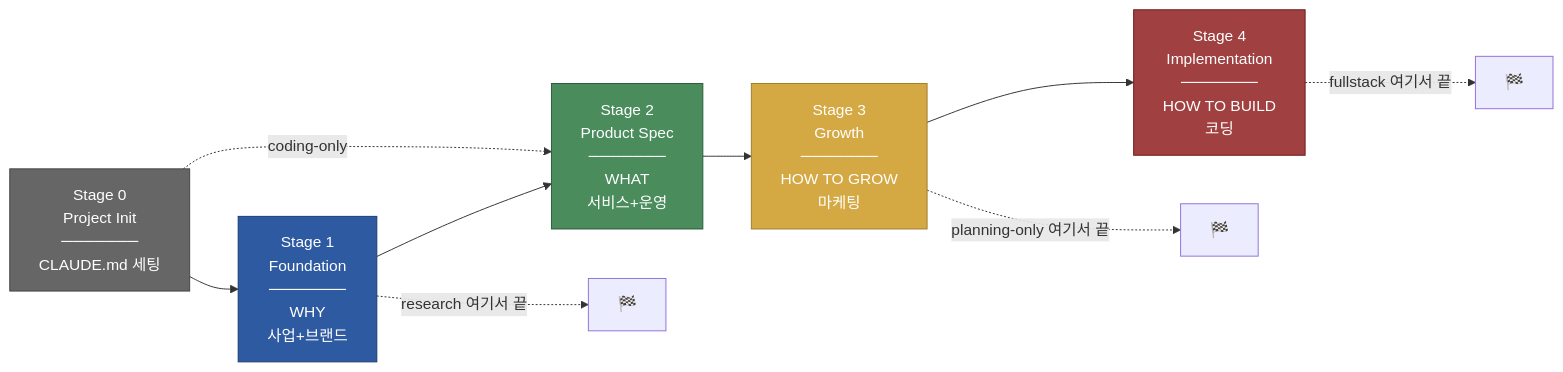
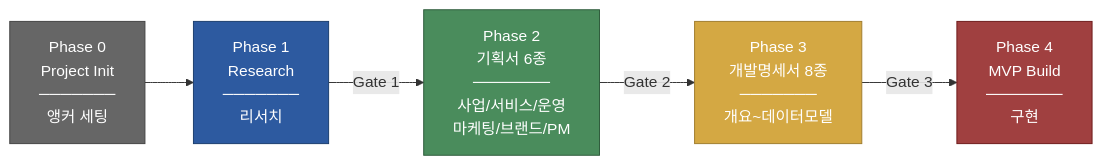
The second of 6 diagrams in DIAGRAM.md (YunJuniverse/ai-pipeline-methodology), drawn with Mermaid before and after one commit. The commit also changed other lines of this file and 25 other files, not shown here.

First line of the commit message:
refactor: 기획서 6종/개발명세서 8종 분리 및 인간 승인 게이트 체계 도입

````diff
--- a/DIAGRAM.md
+++ b/DIAGRAM.md
@@ -98,22 +102,19 @@
 ```mermaid
 flowchart LR
-    S0["Stage 0<br/>Project Init<br/>───────<br/>CLAUDE.md 세팅"]
-    S1["Stage 1<br/>Foundation<br/>───────<br/>WHY<br/>사업+브랜드"]
-    S2["Stage 2<br/>Product Spec<br/>───────<br/>WHAT<br/>서비스+운영"]
-    S3["Stage 3<br/>Growth<br/>───────<br/>HOW TO GROW<br/>마케팅"]
-    S4["Stage 4<br/>Implementation<br/>───────<br/>HOW TO BUILD<br/>코딩"]
+    P0["Phase 0<br/>Project Init<br/>───────<br/>앵커 세팅"]
+    P1["Phase 1<br/>Research<br/>───────<br/>리서치"]
+    P2["Phase 2<br/>기획서 6종<br/>───────<br/>사업/서비스/운영<br/>마케팅/브랜드/PM"]
+    P3["Phase 3<br/>개발명세서 8종<br/>───────<br/>개요~데이터모델"]
+    P4["Phase 4<br/>MVP Build<br/>───────<br/>구현"]
 
-    S0 --> S1 --> S2 --> S3 --> S4
+    P0 --> P1
+    P1 -->|"Gate 1"| P2
+    P2 -->|"Gate 2"| P3
+    P3 -->|"Gate 3"| P4
 
-    S1 -.->|"research 여기서 끝"| STOP1["🏁"]
-    S3 -.->|"planning-only 여기서 끝"| STOP2["🏁"]
-    S4 -.->|"fullstack 여기서 끝"| STOP3["🏁"]
-
-    S0 -.->|"coding-only"| S2
-
-    style S0 fill:#666,stroke:#444,color:#fff
-    style S1 fill:#2d5aa0,stroke:#1a3d6e,color:#fff
-    style S2 fill:#4a8c5c,stroke:#2d5a3a,color:#fff
-    style S3 fill:#d4a843,stroke:#a07d2e,color:#fff
-    style S4 fill:#a04040,stroke:#6e1a1a,color:#fff
+    style P0 fill:#666,stroke:#444,color:#fff
+    style P1 fill:#2d5aa0,stroke:#1a3d6e,color:#fff
+    style P2 fill:#4a8c5c,stroke:#2d5a3a,color:#fff
+    style P3 fill:#d4a843,stroke:#a07d2e,color:#fff
+    style P4 fill:#a04040,stroke:#6e1a1a,color:#fff
 ```
````
